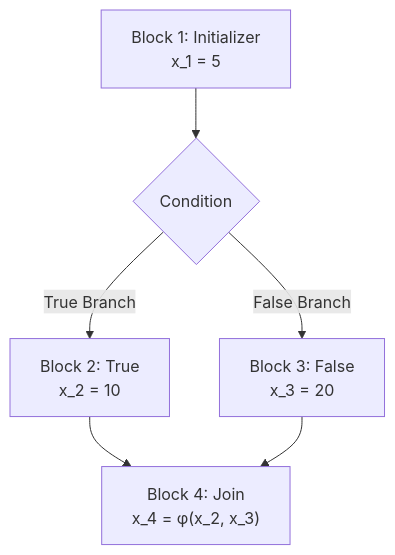
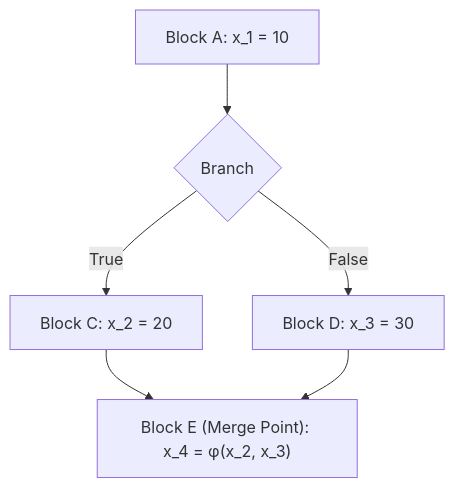
Before and after one commit to Euva-Project/EUVA: the first of 3 diagrams in docs/Decompiler.md, drawn with Mermaid. The commit also changed other lines of this file and 58 other files, not shown here.

````diff
--- a/docs/Decompiler.md
+++ b/docs/Decompiler.md
@@ -38,8 +56,8 @@
 ```mermaid
 graph TD
-    Block1["Block 1: Initializer<br/>x_1 = 5"] --> Br{Condition}
-    Br -->|True Branch| Block2["Block 2: True<br/>x_2 = 10"]
-    Br -->|False Branch| Block3["Block 3: False<br/>x_3 = 20"]
-    Block2 --> Merge["Block 4: Join<br/>x_4 = φ(x_2, x_3)"]
-    Block3 --> Merge
+    A["Block A: x_1 = 10"] --> B{"Branch"}
+    B -->|True| C["Block C: x_2 = 20"]
+    B -->|False| D["Block D: x_3 = 30"]
+    C --> E["Block E (Merge Point): x_4 = φ(x_2, x_3)"]
+    D --> E
 ```
````
